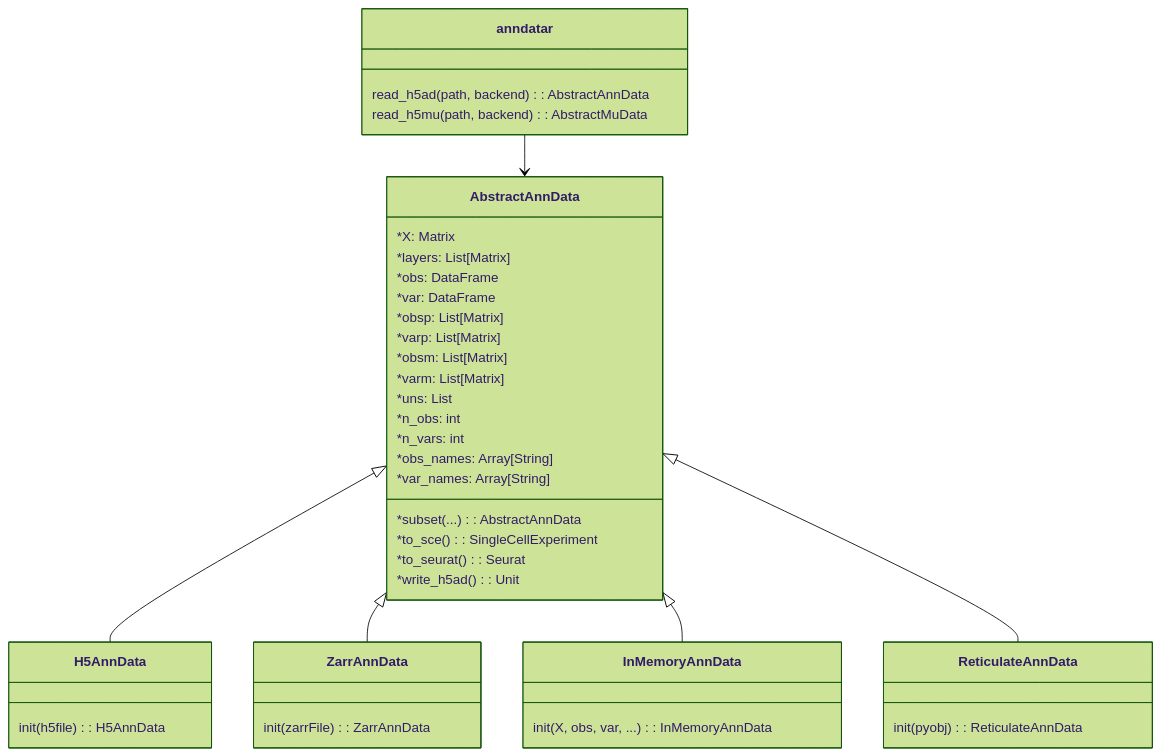
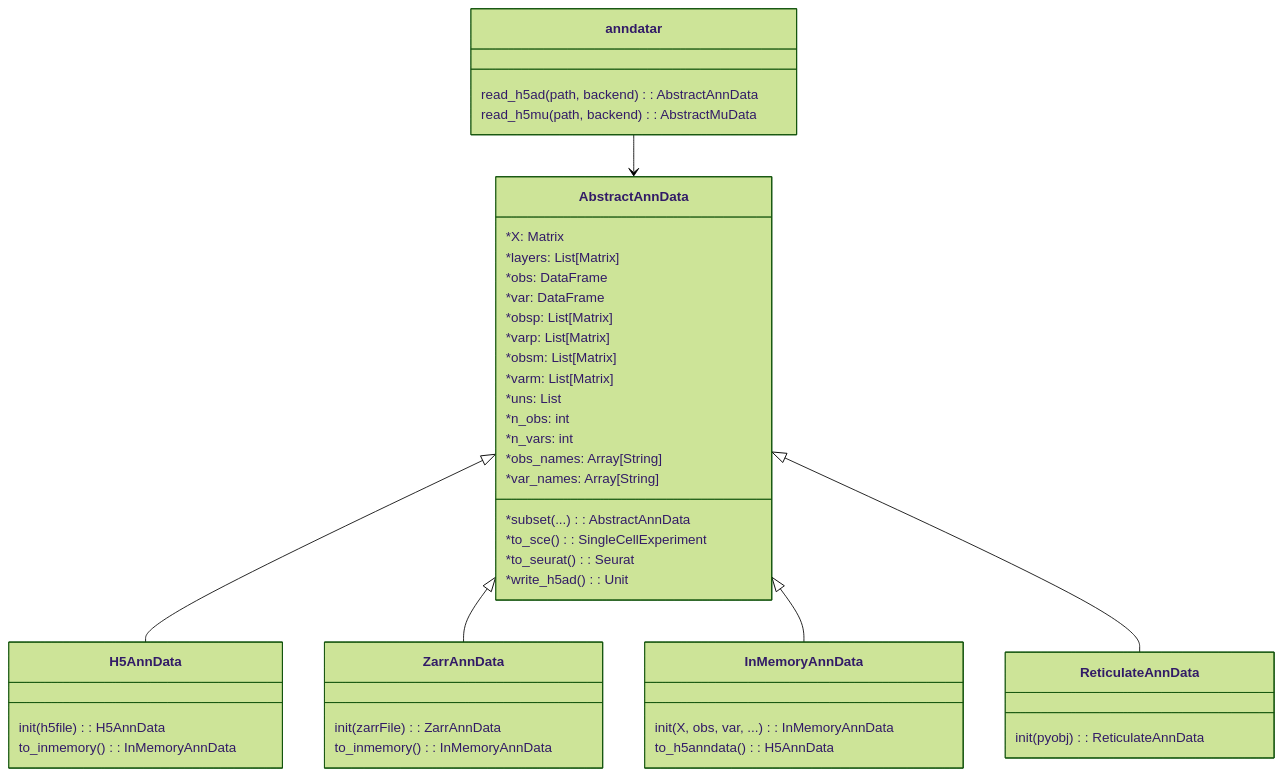
The diagram in doc/design.md (scverse/anndataR), drawn with Mermaid (forest theme) before and after one commit. The commit also changed 1 other file, not shown here.

Commit message:
add more functions to the spec

````diff
--- a/doc/design.md
+++ b/doc/design.md
@@ -47,48 +47,51 @@
 ``` mermaid
 classDiagram
   class AbstractAnnData {
     *X: Matrix
     *layers: List[Matrix]
     *obs: DataFrame
     *var: DataFrame
     *obsp: List[Matrix]
     *varp: List[Matrix]
     *obsm: List[Matrix]
     *varm: List[Matrix]
     *uns: List
     *n_obs: int
     *n_vars: int
     *obs_names: Array[String]
     *var_names: Array[String]
     *subset(...): AbstractAnnData
     *to_sce(): SingleCellExperiment
     *to_seurat(): Seurat
     *write_h5ad(): Unit
   }
 
   AbstractAnnData <|-- H5AnnData
   class H5AnnData {
     init(h5file): H5AnnData
+    to_inmemory(): InMemoryAnnData
   }
 
   AbstractAnnData <|-- ZarrAnnData
   class ZarrAnnData {
     init(zarrFile): ZarrAnnData
+    to_inmemory(): InMemoryAnnData
   }
 
   AbstractAnnData <|-- InMemoryAnnData
   class InMemoryAnnData {
     init(X, obs, var, ...): InMemoryAnnData
+    to_h5anndata(): H5AnnData
   }
 
   AbstractAnnData <|-- ReticulateAnnData
   class ReticulateAnnData {
     init(pyobj): ReticulateAnnData
   }
 
   class anndatar {
     read_h5ad(path, backend): AbstractAnnData
     read_h5mu(path, backend): AbstractMuData
   }
   anndatar --> AbstractAnnData
 ```
````
